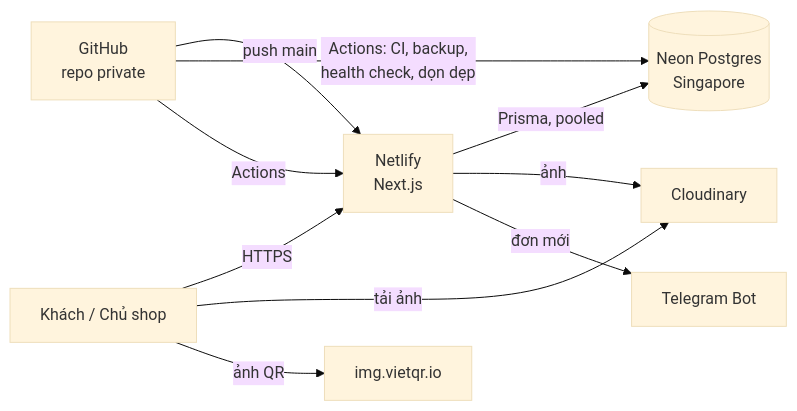
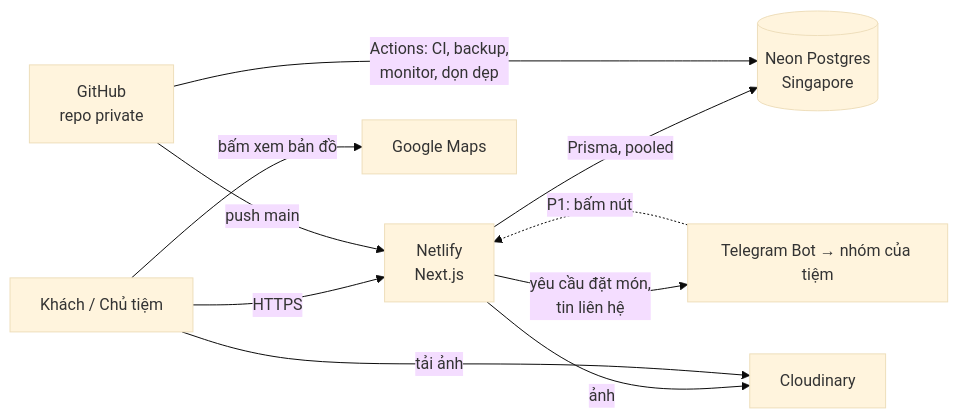
One commit to VuMinhHien1234/Lamora changed the first of 2 diagrams in docs/09-DEPLOYMENT.md. Above: the diagram before and after it, drawn with Mermaid (base theme). The commit also changed other lines of this file and 362 other files, not shown here.

````diff
--- a/docs/09-DEPLOYMENT.md
+++ b/docs/09-DEPLOYMENT.md
@@ -11,12 +11,12 @@
 ```mermaid
 flowchart LR
-    K[Khách / Chủ shop] -->|HTTPS| N[Netlify<br/>Next.js]
+    K[Khách / Chủ tiệm] -->|HTTPS| N[Netlify<br/>Next.js]
     N -->|Prisma, pooled| D[(Neon Postgres<br/>Singapore)]
     N -->|ảnh| C[Cloudinary]
     K -->|tải ảnh| C
-    K -->|ảnh QR| Q[img.vietqr.io]
-    N -->|đơn mới| T[Telegram Bot]
+    K -->|bấm xem bản đồ| M[Google Maps]
+    N -->|yêu cầu đặt món,<br/>tin liên hệ| T[Telegram Bot → nhóm của tiệm]
+    T -.->|P1: bấm nút| N
     G[GitHub<br/>repo private] -->|push main| N
-    G -->|Actions: CI, backup,<br/>health check, dọn dẹp| D
-    G -->|Actions| N
+    G -->|Actions: CI, backup,<br/>monitor, dọn dẹp| D
 ```
````
